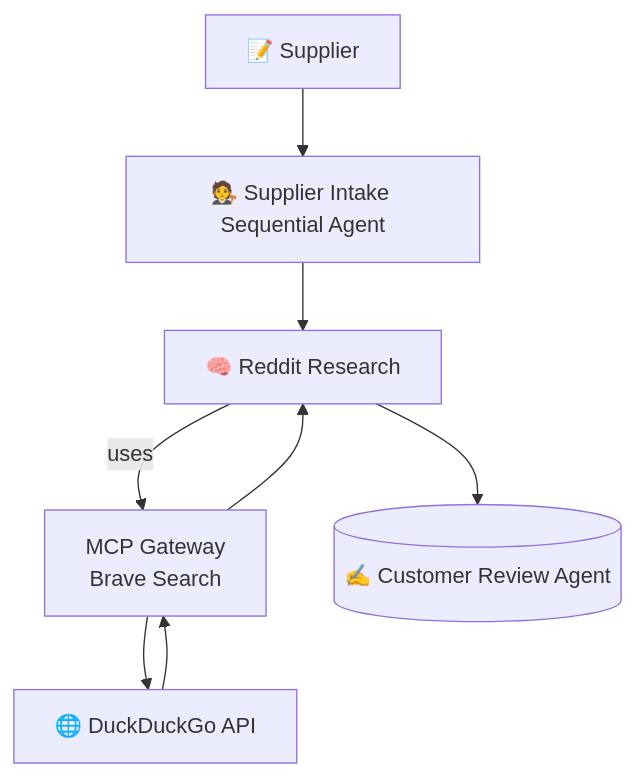
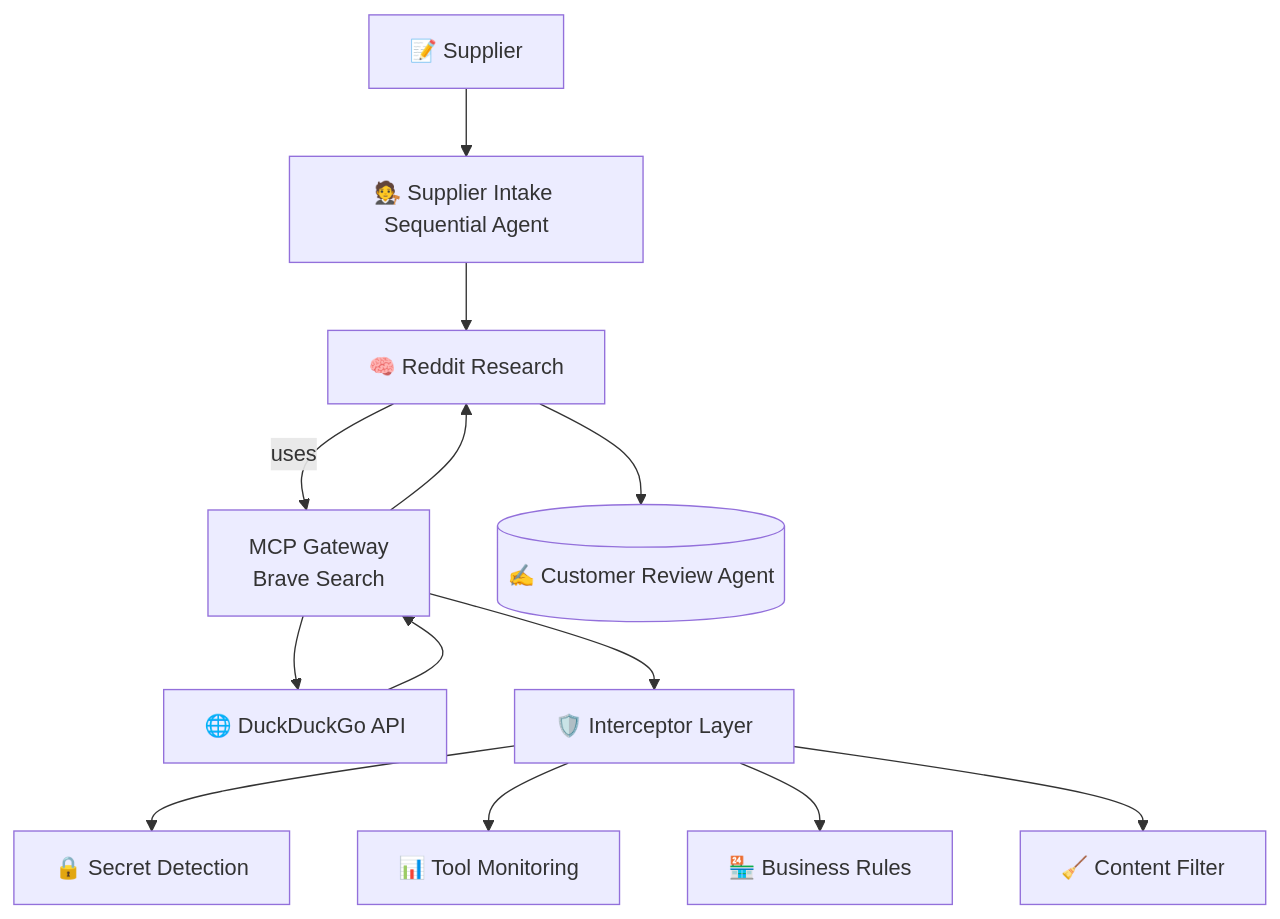
The diagram in README.md (ajeetraina/sock-store-demo), drawn with Mermaid before and after one commit. The commit also changed other lines of this file, not shown here.

````diff
--- a/README.md
+++ b/README.md
@@ -75,10 +130,16 @@
 ```mermaid
 
 flowchart TD
     input[📝 Supplier] --> supplier_intake[🧑‍⚖️ Supplier Intake Sequential Agent]
     supplier_intake --> reddit_research[🧠 Reddit Research]
     reddit_research -->|uses| mcp[MCP Gateway<br/>Brave Search]
     mcp --> brave[🌐 DuckDuckGo API]
     brave --> mcp --> reddit_research
     reddit_research --> customer_review[(✍️ Customer Review Agent)]
+    
+    mcp --> interceptors[🛡️ Interceptor Layer]
+    interceptors --> secret[🔒 Secret Detection]
+    interceptors --> monitor[📊 Tool Monitoring]
+    interceptors --> business[🏪 Business Rules]
+    interceptors --> filter[🧹 Content Filter]
 ```
````
